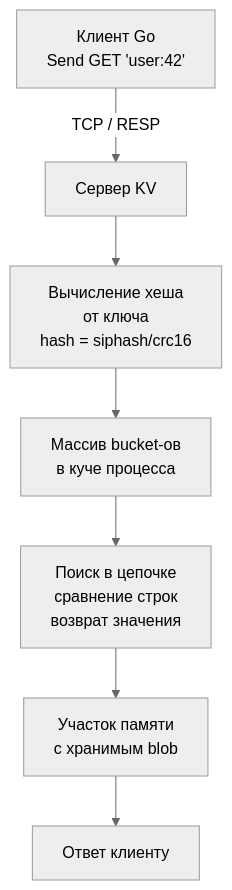
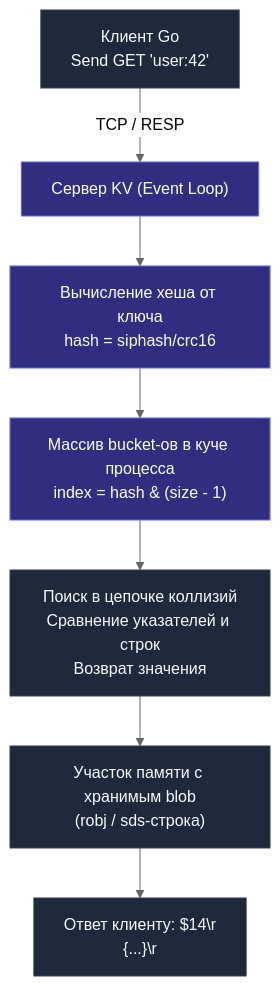
The second of 2 diagrams in sources/12. Базы данных/09. NoSQL базы/2. Key Value базы.md (UnrealTemplier/go-textbook), drawn with Mermaid (neutral theme) before and after one commit. The commit also changed other lines of this file, not shown here.

````diff
--- a/sources/12. Базы данных/09. NoSQL базы/2. Key Value базы.md
+++ b/sources/12. Базы данных/09. NoSQL базы/2. Key Value базы.md
@@ -43,9 +71,13 @@
 ```mermaid
 flowchart TD
-    Client["Клиент Go<br>Send GET 'user:42'"] -->|"TCP / RESP"| Server["Сервер KV"]
-    Server --> HashFunc["Вычисление хеша<br>от ключа<br>hash = siphash/crc16"]
-    HashFunc --> Buckets["Массив bucket-ов<br>в куче процесса"]
-    Buckets --> Chain["Поиск в цепочке<br>сравнение строк<br>возврат значения"]
-    Chain --> Mem["Участок памяти<br>с хранимым blob"]
-    Mem --> Response["Ответ клиенту"]
+    Client["Клиент Go<br>Send GET 'user:42'"] -->|"TCP / RESP"| Server["Сервер KV (Event Loop)"]
+    Server --> HashFunc["Вычисление хеша от ключа<br>hash = siphash/crc16"]
+    HashFunc --> Buckets["Массив bucket-ов в куче процесса<br>index = hash & (size - 1)"]
+    Buckets --> Chain["Поиск в цепочке коллизий<br>Сравнение указателей и строк<br>Возврат значения"]
+    Chain --> Mem["Участок памяти с хранимым blob<br>(robj / sds-строка)"]
+    Mem --> Response["Ответ клиенту: $14\r\n{...}\r\n"]
+
+    classDef default fill:#1e293b,stroke:#334155,color:#f8fafc;
+    classDef nodeAct fill:#312e81,stroke:#6366f1,color:#ffffff;
+    class Server,HashFunc,Buckets nodeAct;
 ```
````
